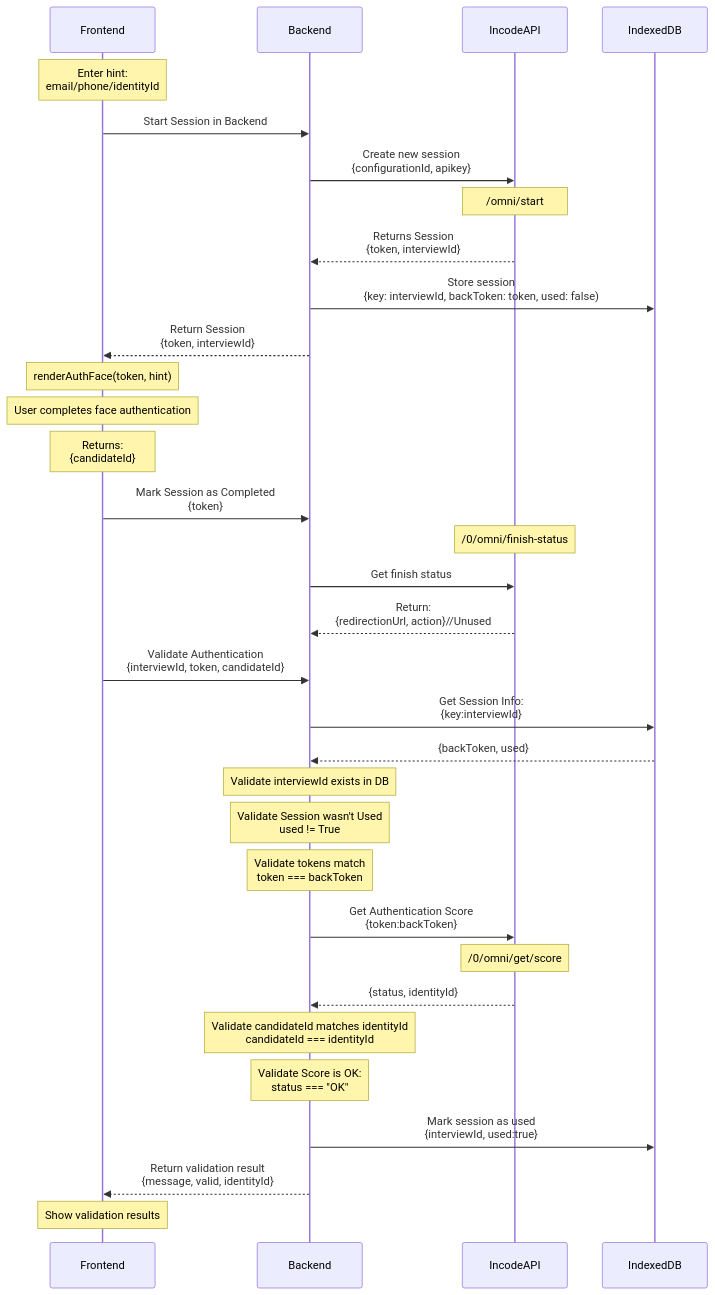
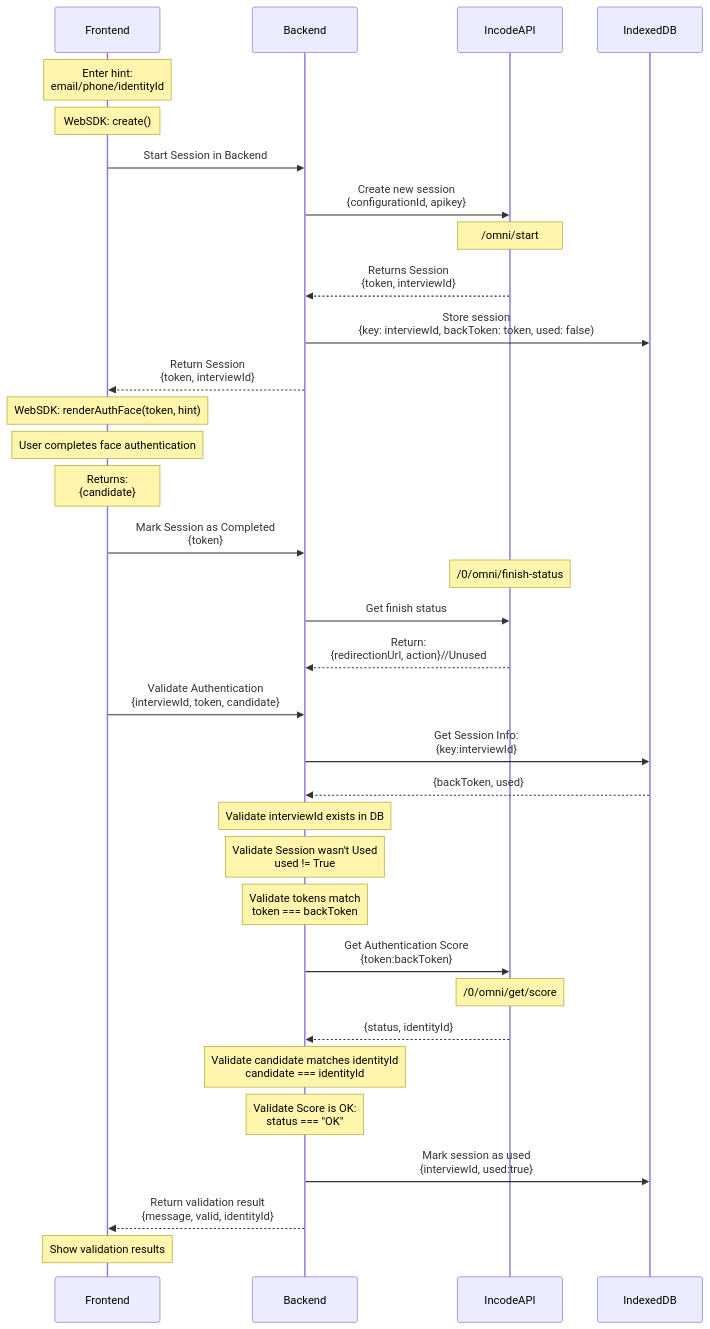
Before and after one commit to Incode-Technologies-Example-Repos/authentication-core-javascript: the diagram in README.md, drawn with Mermaid. The commit also changed other lines of this file and 3 other files, not shown here.

````diff
--- a/README.md
+++ b/README.md
@@ -17,40 +17,41 @@
 ```mermaid
 sequenceDiagram
     participant Frontend
     participant Backend
     participant IncodeAPI
     participant IndexedDB
 
     Note over Frontend: Enter hint:<br> email/phone/identityId
+    Note over Frontend: WebSDK: create()
     Frontend->>Backend: Start Session in Backend
     Backend->>IncodeAPI: Create new session<br>{configurationId, apikey}
     Note over IncodeAPI: /omni/start
     IncodeAPI-->>Backend: Returns Session<br>{token, interviewId}
     Backend->>IndexedDB: Store session<br>{key: interviewId, backToken: token, used: false)
     Backend-->>Frontend: Return Session<br>{token, interviewId}
     
-    Note over Frontend: renderAuthFace(token, hint)
+    Note over Frontend: WebSDK: renderAuthFace(token, hint)
     Note over Frontend: User completes face authentication
-    Note over Frontend:Returns:<br>{candidateId}
+    Note over Frontend:Returns:<br>{candidate}
     
     
     Frontend->>Backend: Mark Session as Completed<br>{token}
     Note over IncodeAPI: /0/omni/finish-status 
     Backend->>IncodeAPI: Get finish status
     IncodeAPI-->>Backend: Return:<br>{redirectionUrl, action}//Unused
     
-    Frontend->>Backend: Validate Authentication<br>{interviewId, token, candidateId}
+    Frontend->>Backend: Validate Authentication<br>{interviewId, token, candidate}
     Backend->>IndexedDB: Get Session Info:<br>{key:interviewId}
     IndexedDB-->>Backend:  {backToken, used}
     Note over Backend: Validate interviewId exists in DB
     Note over Backend: Validate Session wasn't Used<br>used != True
     Note over Backend: Validate tokens match<br>token === backToken
     Backend->>IncodeAPI: Get Authentication Score<br>{token:backToken}
     Note over IncodeAPI: /0/omni/get/score
     IncodeAPI-->>Backend: {status, identityId}
-    Note over Backend: Validate candidateId matches identityId<br> candidateId === identityId
+    Note over Backend: Validate candidate matches identityId<br> candidate === identityId
     Note over Backend: Validate Score is OK:<br>status === "OK"
     Backend->>IndexedDB: Mark session as used<br>{interviewId, used:true}
     Backend-->>Frontend: Return validation result<br>{message, valid, identityId}
     Note over Frontend: Show validation results
 ```
````
